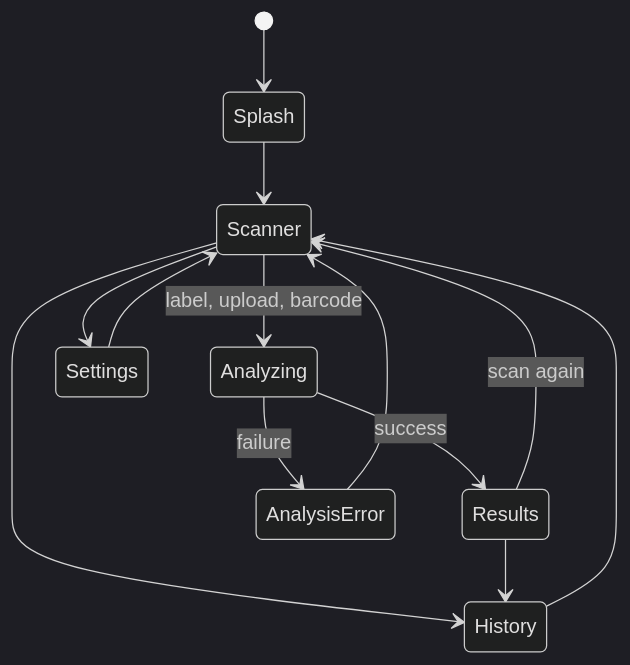
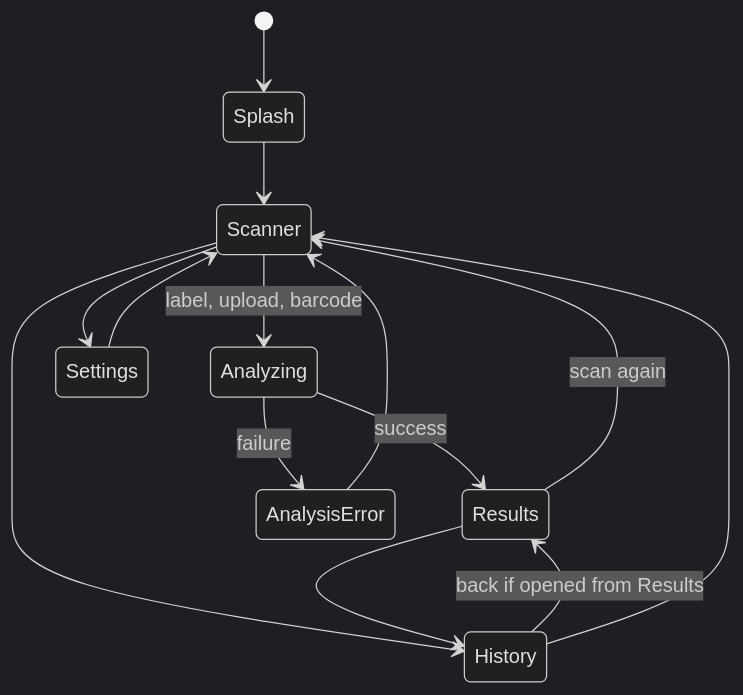
Before and after one commit to benevolentbandwidth/ultraprocessed: the first of 3 diagrams in documentation/02-ui-navigation.md, drawn with Mermaid (dark theme). The commit also changed other lines of this file and 19 other files, not shown here.

````diff
--- a/documentation/02-ui-navigation.md
+++ b/documentation/02-ui-navigation.md
@@ -30,15 +31,16 @@
 ```mermaid
 stateDiagram-v2
     [*] --> Splash
     Splash --> Scanner
     Scanner --> Analyzing: label, upload, barcode
     Scanner --> Settings
     Scanner --> History
     Analyzing --> Results: success
     Analyzing --> AnalysisError: failure
     Results --> Scanner: scan again
     Results --> History
+    History --> Results: back if opened from Results
     AnalysisError --> Scanner
     Settings --> Scanner
     History --> Scanner
 ```
````
